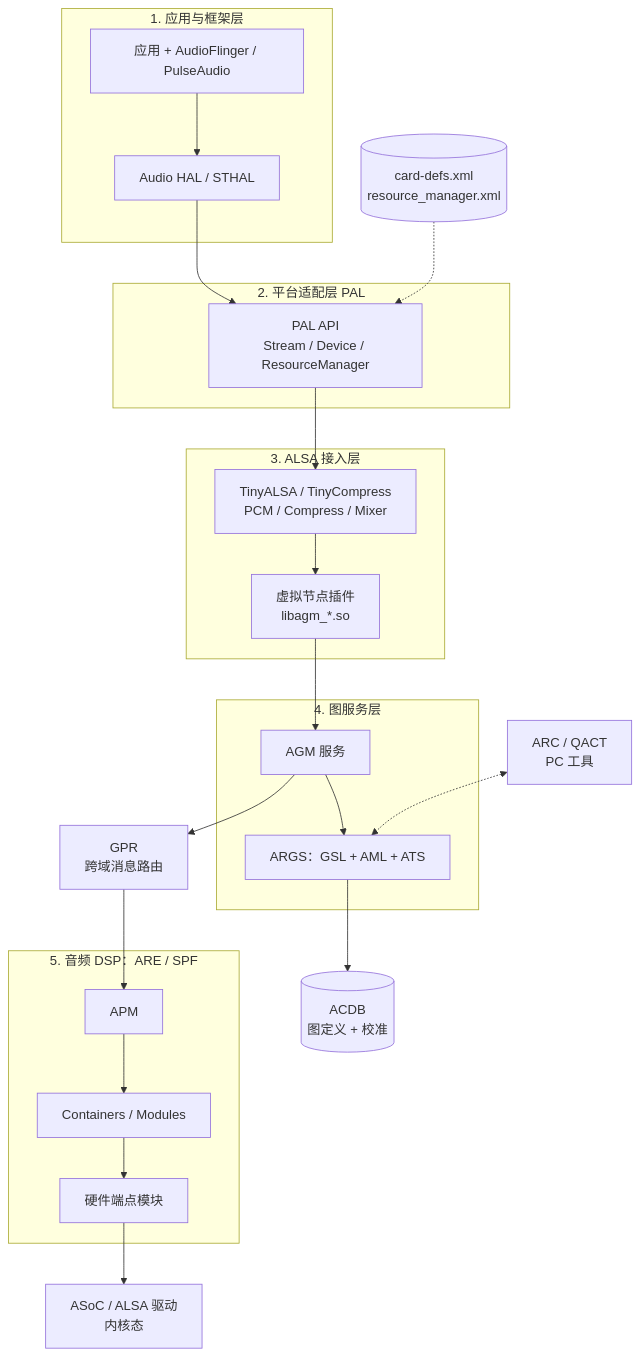
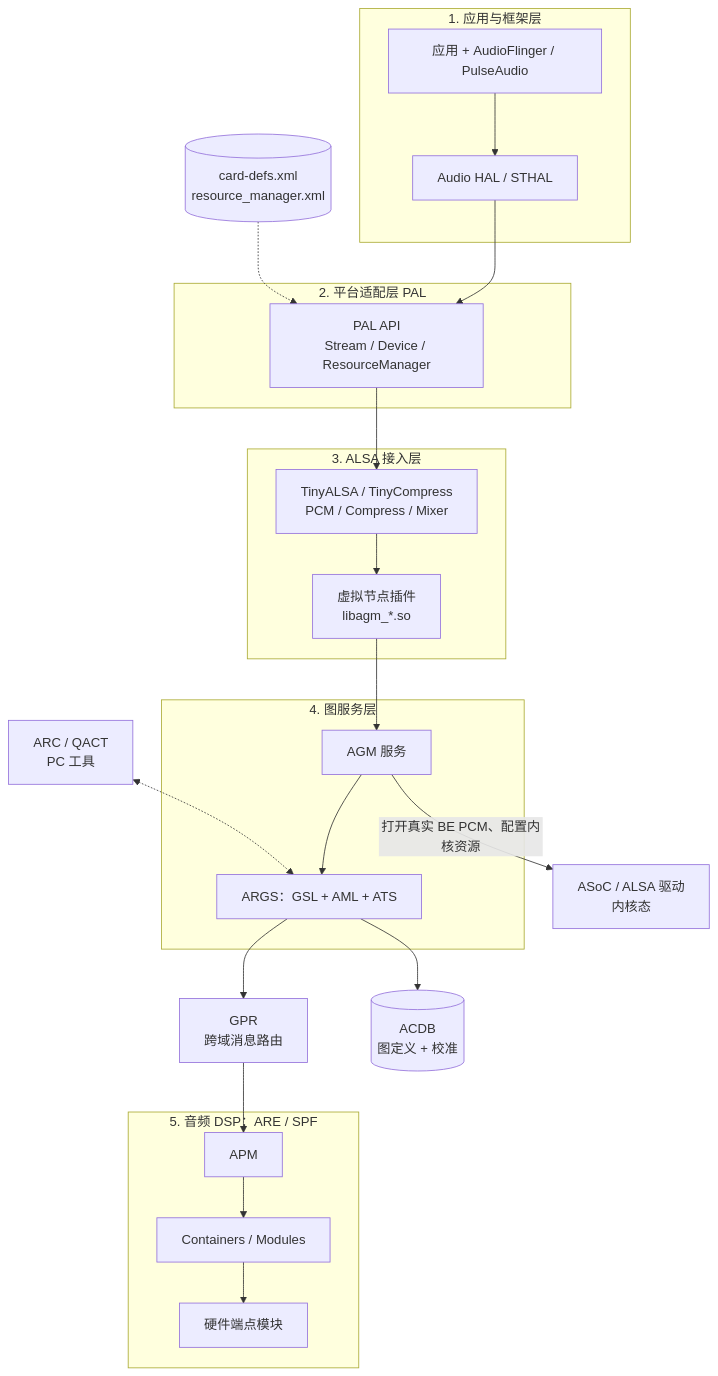
One commit to gbaxy/myblog changed the second of 23 diagrams in src/content/blog/audioreach-architecture.md. Above: the diagram before and after it, drawn with Mermaid. The commit also changed other lines of this file, not shown here.

Commit message:
docs: update AudioReach architecture guide to v1.2

````diff
--- a/src/content/blog/audioreach-architecture.md
+++ b/src/content/blog/audioreach-architecture.md
@@ -128,35 +130,35 @@
 ```mermaid
 flowchart TB
     subgraph APP["1. 应用与框架层"]
         AF["应用 + AudioFlinger / PulseAudio"]
         HAL["Audio HAL / STHAL"]
     end
     subgraph PAL_L["2. 平台适配层 PAL"]
         PALAPI["PAL API<br/>Stream / Device / ResourceManager"]
     end
     subgraph ALSA_L["3. ALSA 接入层"]
         TALSA["TinyALSA / TinyCompress<br/>PCM / Compress / Mixer"]
         PLUG["虚拟节点插件<br/>libagm_*.so"]
     end
     subgraph SVC["4. 图服务层"]
         AGM["AGM 服务"]
         ARGS["ARGS：GSL + AML + ATS"]
     end
     subgraph DSP["5. 音频 DSP：ARE / SPF"]
         APM["APM"]
         CONT["Containers / Modules"]
         HWEP["硬件端点模块"]
     end
     ASPC["ASoC / ALSA 驱动<br/>内核态"]
     GPR["GPR<br/>跨域消息路由"]
     ACDB[("ACDB<br/>图定义 + 校准")]
     ARC["ARC / QACT<br/>PC 工具"]
     CFG[("card-defs.xml<br/>resource_manager.xml")]
 
     AF --> HAL --> PALAPI --> TALSA --> PLUG --> AGM --> ARGS
-    AGM --> GPR --> APM --> CONT --> HWEP
-    HWEP --> ASPC
+    ARGS --> GPR --> APM --> CONT --> HWEP
+    AGM -->|"打开真实 BE PCM、配置内核资源"| ASPC
     ARGS --> ACDB
     ARC <-.-> ARGS
     CFG -.-> PALAPI
 ```
````
